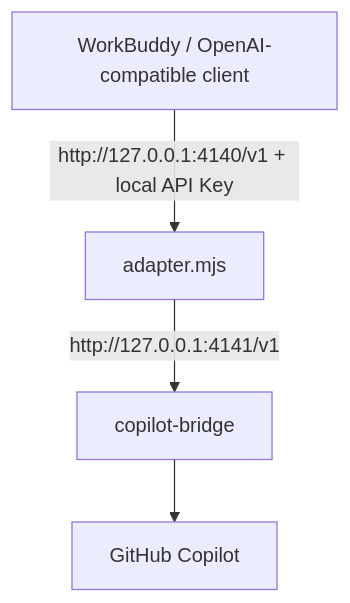
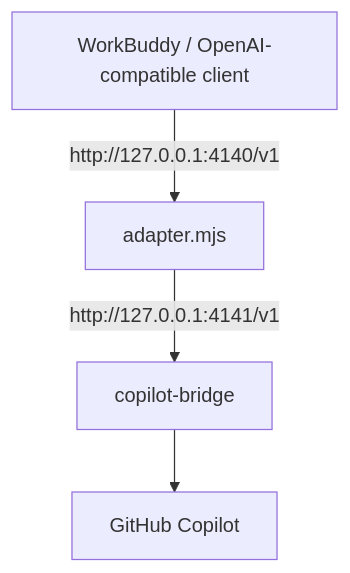
Before and after one commit to jiangweifang/Any-Copilot-Proxy: the diagram in README.md, drawn with Mermaid. The commit also changed other lines of this file and 4 other files, not shown here.

````diff
--- a/README.md
+++ b/README.md
@@ -18,11 +18,11 @@
 ```mermaid
 flowchart TD
     client["WorkBuddy / OpenAI-compatible client"]
     adapter["adapter.mjs"]
     bridge["copilot-bridge"]
     copilot["GitHub Copilot"]
 
-    client -->|"http://127.0.0.1:4140/v1 + local API Key"| adapter
+    client -->|"http://127.0.0.1:4140/v1"| adapter
     adapter -->|"http://127.0.0.1:4141/v1"| bridge
     bridge --> copilot
 ```
````
